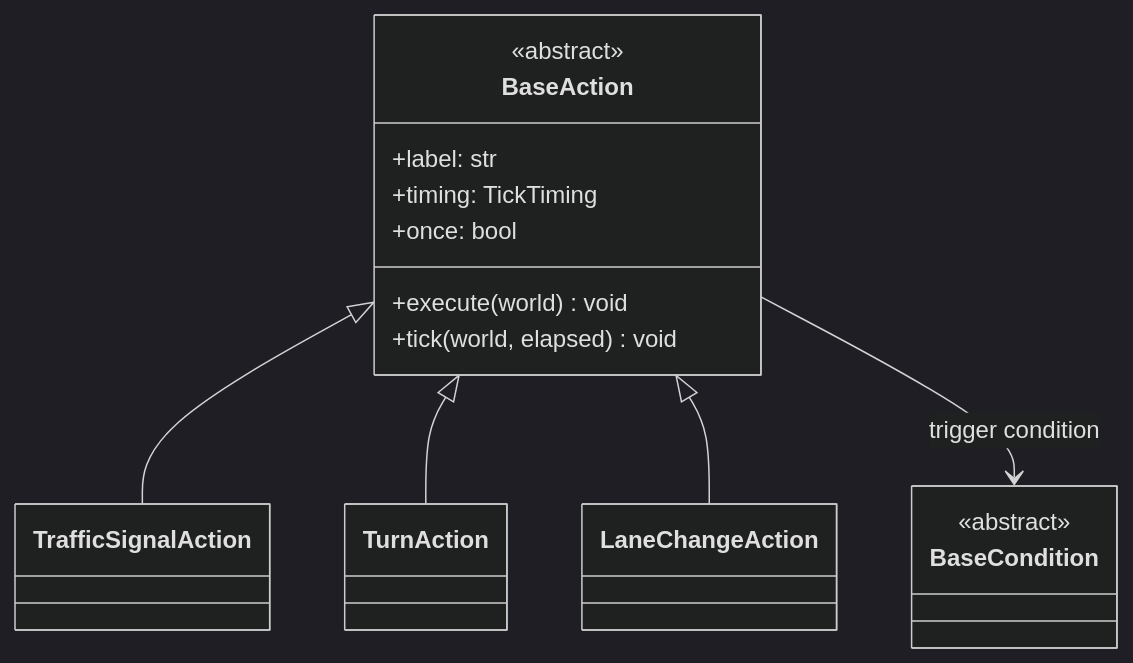
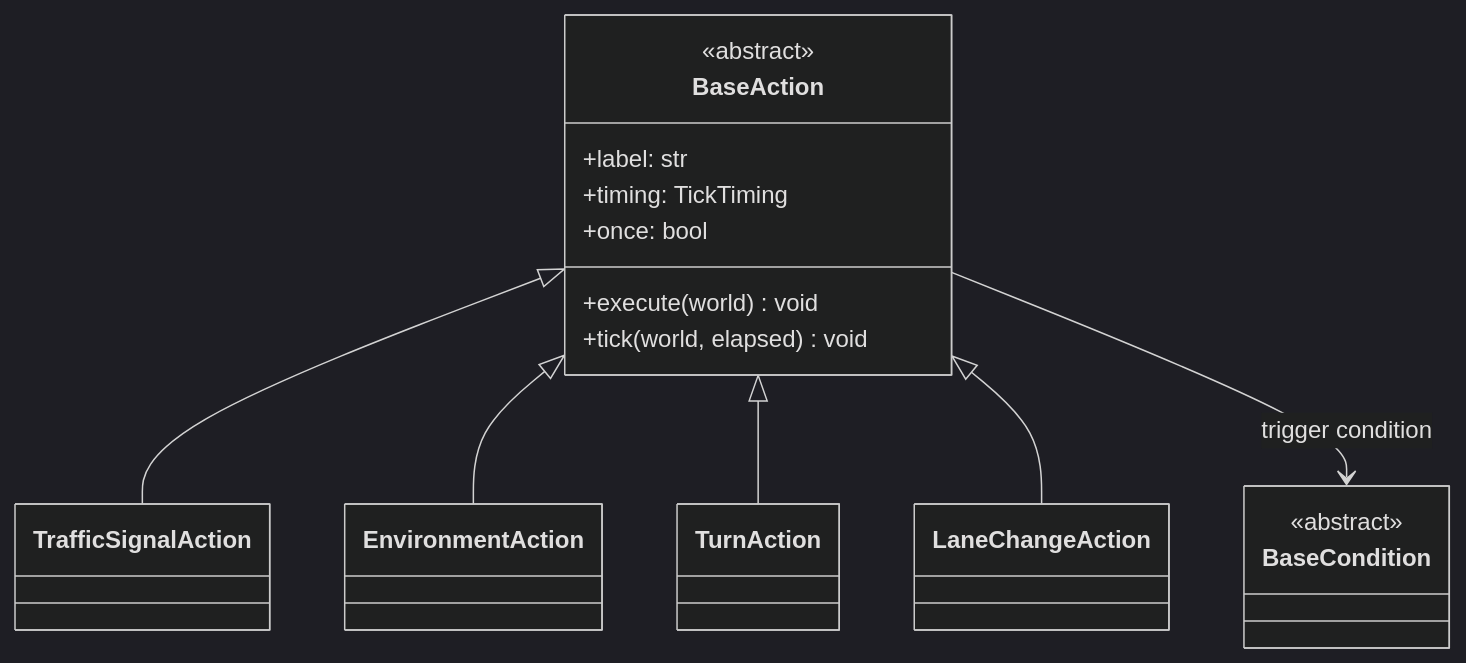
Before and after one commit to autowarefoundation/autoware_carla_scenario: the seventh of 14 diagrams in autoware_carla_scenario/docs/architecture.md, drawn with Mermaid (dark theme). The commit also changed 7 other files, not shown here.

First line of the commit message:
feat(carla-scenario): add an environment action

````diff
--- a/autoware_carla_scenario/docs/architecture.md
+++ b/autoware_carla_scenario/docs/architecture.md
@@ -378,24 +378,26 @@
 ```mermaid
 classDiagram
     class BaseAction {
         <<abstract>>
         +label: str
         +timing: TickTiming
         +once: bool
         +execute(world) void
         +tick(world, elapsed) void
     }
 
     class BaseCondition {
         <<abstract>>
     }
 
     class TrafficSignalAction
+    class EnvironmentAction
     class TurnAction
     class LaneChangeAction
 
     BaseAction <|-- TrafficSignalAction
+    BaseAction <|-- EnvironmentAction
     BaseAction <|-- TurnAction
     BaseAction <|-- LaneChangeAction
     BaseAction --> BaseCondition : trigger condition
 ```
````
